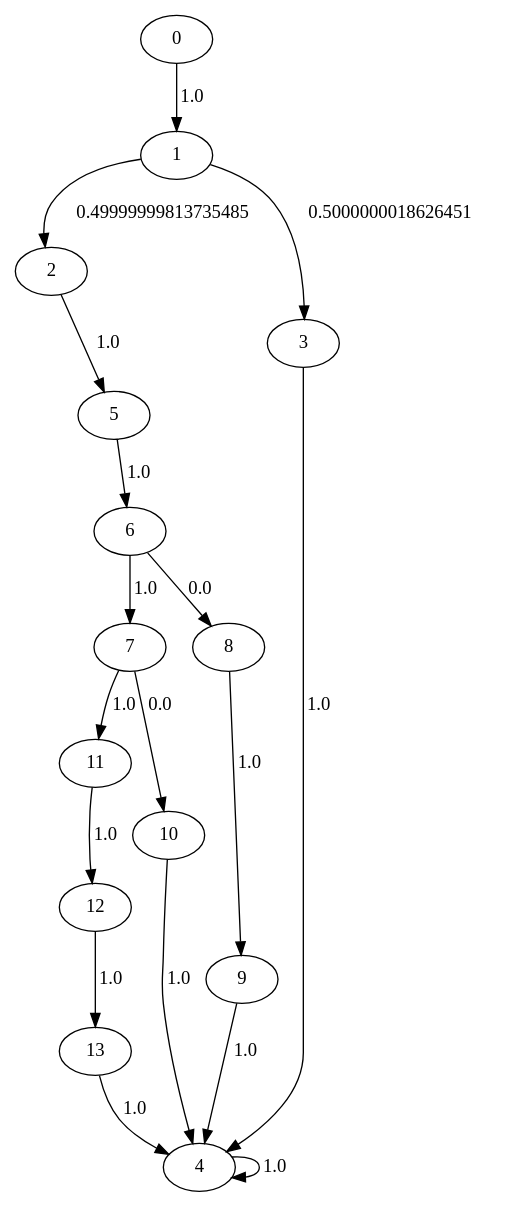
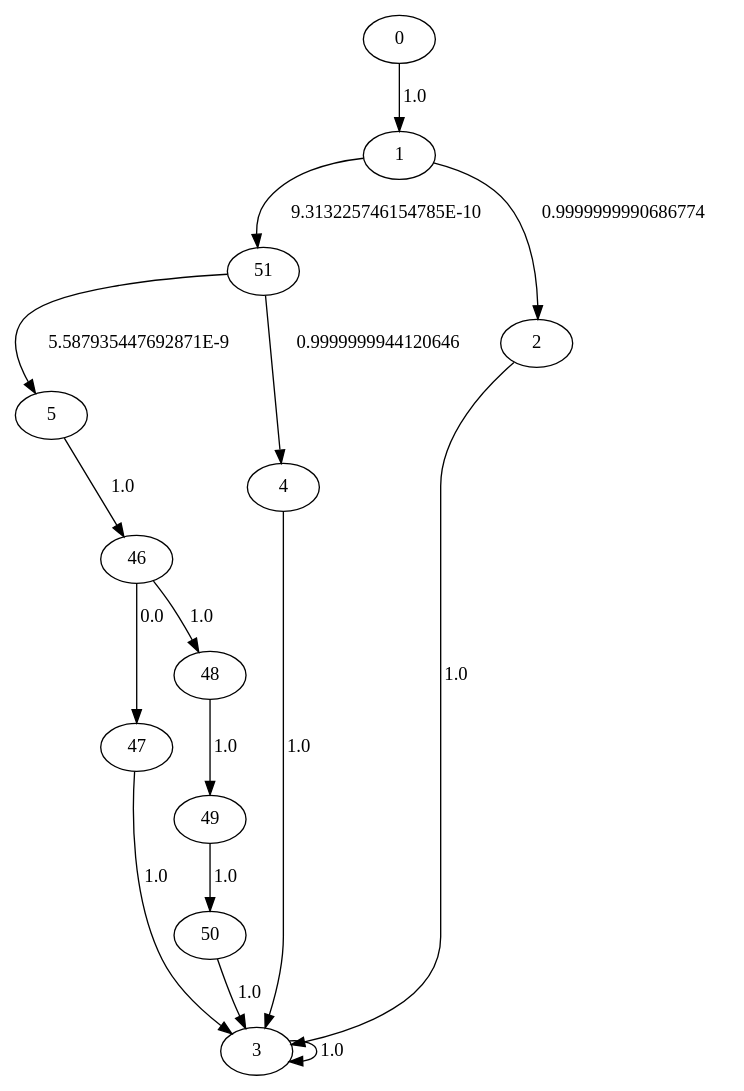
One commit to seemantasaha/DependencyAnalysis changed the diagram in LMain_test.dot. Above: the diagram before and after it, drawn with Graphviz. The commit also changed 15 other files, not shown here.

```diff
--- a/LMain_test.dot
+++ b/LMain_test.dot
@@ -1,19 +1,17 @@
 digraph {
-	11 -> 12[label= "1.0"];
-	12 -> 13[label= "1.0"];
-	13 -> 4[label= "1.0"];
+	46 -> 47[label= "0.0"];
+	46 -> 48[label= "1.0"];
+	47 -> 3[label= "1.0"];
+	48 -> 49[label= "1.0"];
+	49 -> 50[label= "1.0"];
+	50 -> 3[label= "1.0"];
+	51 -> 5[label= "5.587935447692871E-9"];
+	51 -> 4[label= "0.9999999944120646"];
 	0 -> 1[label= "1.0"];
-	1 -> 2[label= "0.49999999813735485"];
-	1 -> 3[label= "0.5000000018626451"];
-	2 -> 5[label= "1.0"];
-	3 -> 4[label= "1.0"];
-	4 -> 4[label= "1.0"];
-	5 -> 6[label= "1.0"];
-	6 -> 7[label= "1.0"];
-	6 -> 8[label= "0.0"];
-	7 -> 10[label= "0.0"];
-	7 -> 11[label= "1.0"];
-	8 -> 9[label= "1.0"];
-	9 -> 4[label= "1.0"];
-	10 -> 4[label= "1.0"];
+	1 -> 51[label= "9.313225746154785E-10"];
+	1 -> 2[label= "0.9999999990686774"];
+	2 -> 3[label= "1.0"];
+	3 -> 3[label= "1.0"];
+	4 -> 3[label= "1.0"];
+	5 -> 46[label= "1.0"];
 }
```
